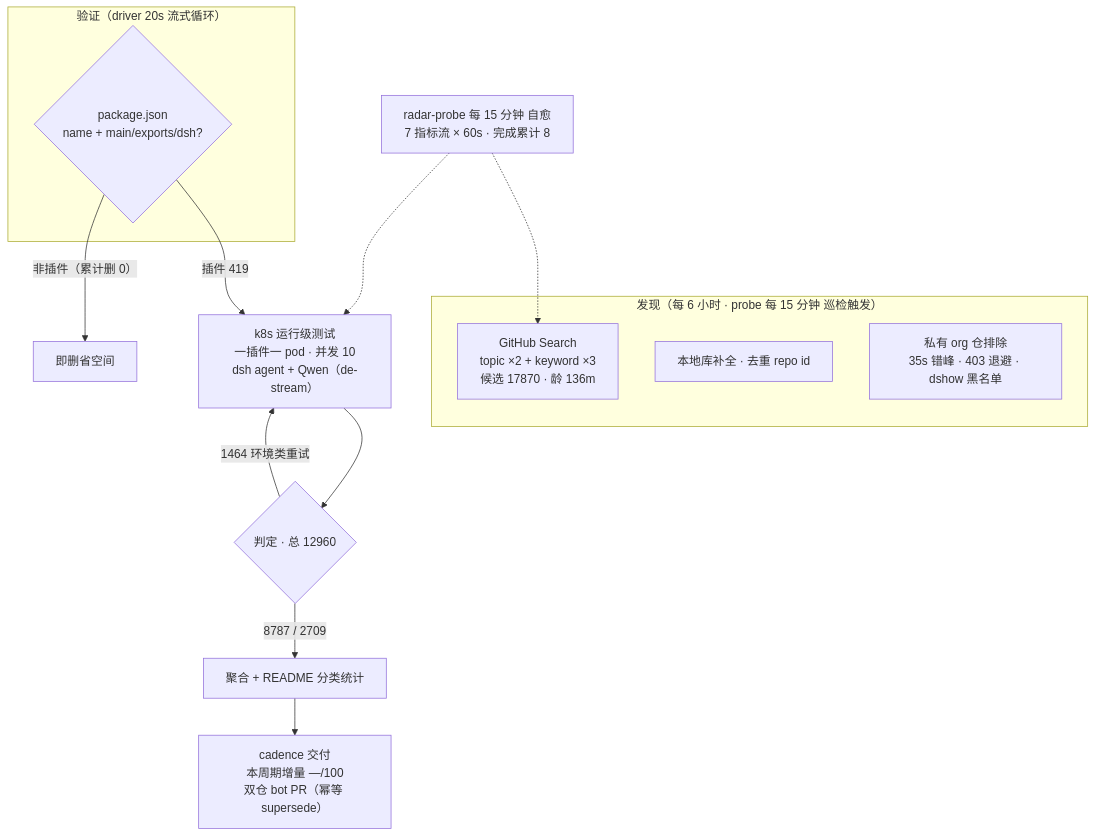
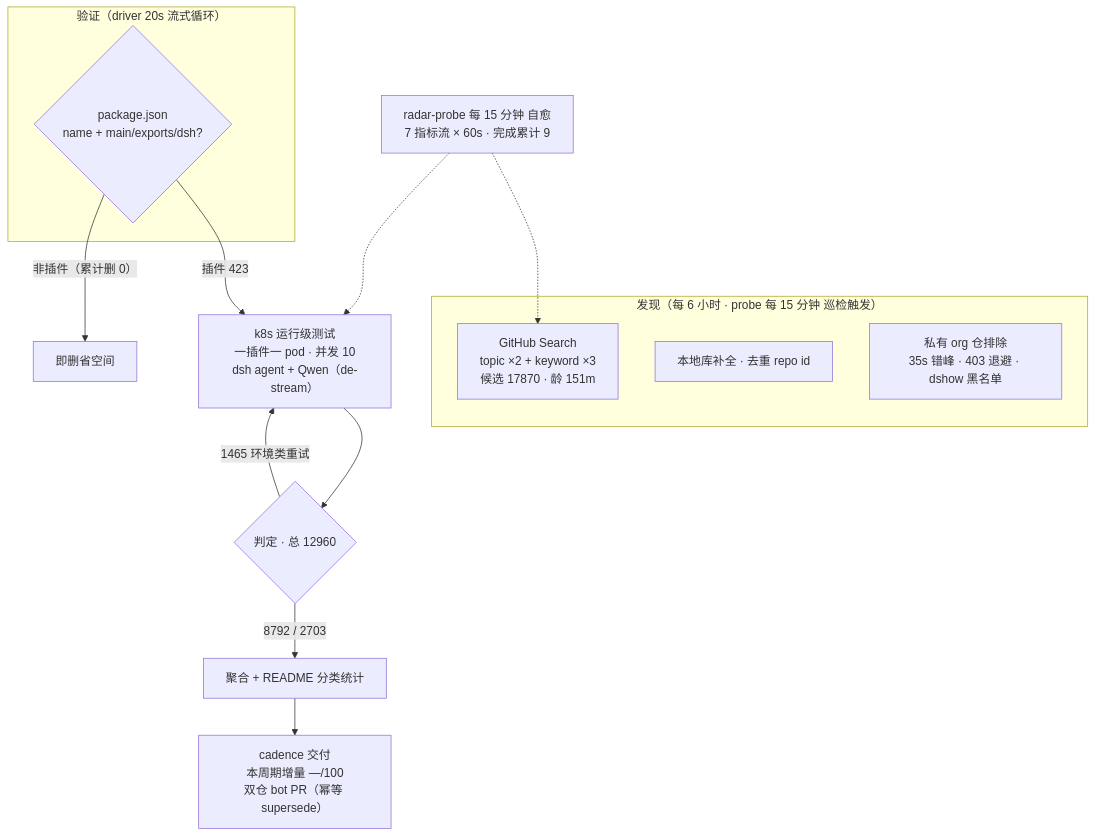
Before and after one commit to AdamPlatin123/awesome-dsh-plugins: the diagram in README.md, drawn with Mermaid. The commit also changed other lines of this file and 5 other files, not shown here.

````diff
--- a/README.md
+++ b/README.md
@@ -52,20 +52,20 @@
 ```mermaid
 flowchart TB
     subgraph Discovery["发现（每 6 小时 · probe 每 15 分钟 巡检触发）"]
-        A1["GitHub Search<br/>topic ×2 + keyword ×3<br/>候选 17870 · 龄 136m"]
+        A1["GitHub Search<br/>topic ×2 + keyword ×3<br/>候选 17870 · 龄 151m"]
         A2["本地库补全 · 去重 repo id"]
         A3["私有 org 仓排除<br/>35s 错峰 · 403 退避 · dshow 黑名单"]
     end
     subgraph Validation["验证（driver 20s 流式循环）"]
         B1{"package.json<br/>name + main/exports/dsh?"}
     end
-    B1 -->|"插件 419"| C1["k8s 运行级测试<br/>一插件一 pod · 并发 10<br/>dsh agent + Qwen（de-stream）"]
+    B1 -->|"插件 423"| C1["k8s 运行级测试<br/>一插件一 pod · 并发 10<br/>dsh agent + Qwen（de-stream）"]
     B1 -->|"非插件（累计删 0）"| B3["即删省空间"]
     C1 --> D1{"判定 · 总 12960"}
-    D1 -->|"8787 / 2709"| E1["聚合 + README 分类统计"]
-    D1 -->|"1464 环境类重试"| C1
+    D1 -->|"8792 / 2703"| E1["聚合 + README 分类统计"]
+    D1 -->|"1465 环境类重试"| C1
     E1 --> E2["cadence 交付<br/>本周期增量 —/100<br/>双仓 bot PR（幂等 supersede）"]
-    M["radar-probe 每 15 分钟 自愈<br/>7 指标流 × 60s · 完成累计 8"]
+    M["radar-probe 每 15 分钟 自愈<br/>7 指标流 × 60s · 完成累计 9"]
     M -.-> A1
     M -.-> C1
 ```
````
